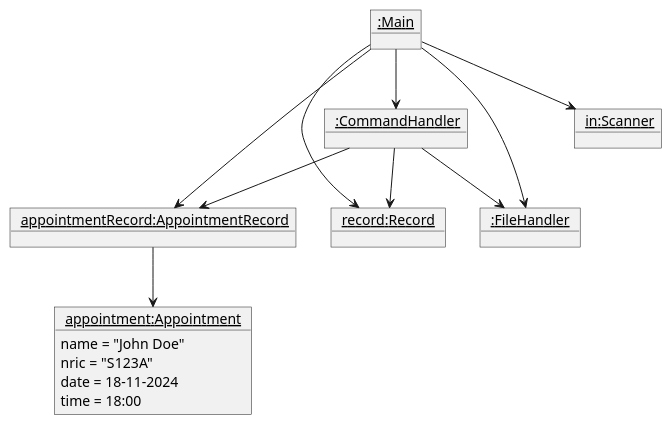
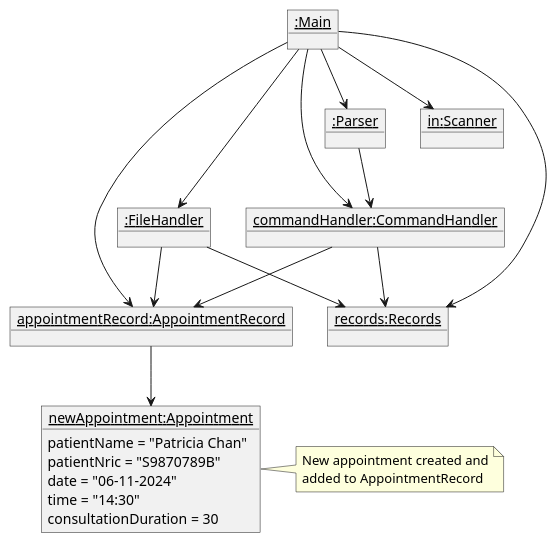
One commit to yentheng0110/tp changed the diagram in docs/AfterAppointment.puml. Above: the diagram before and after it, drawn with PlantUML. The commit also changed 8 other files, not shown here.

Commit message:
Update Object Diagram for Before Appointment and After Appointment , and Sequence Diagram for "appointment" command

```diff
--- a/docs/AfterAppointment.puml
+++ b/docs/AfterAppointment.puml
@@ -1,27 +1,60 @@
 @startuml
 'https://plantuml.com/object-diagram
 
+
 object "<u>:Main</u>" as Main
-object "<u> :CommandHandler</u>" as CommandHandler
-object "<u> in:Scanner</u>" as Scanner
-object "<u> appointment:Appointment </u>" as Appointment {
-name = "John Doe"
-nric = "S123A"
-date = 18-11-2024
-time = 18:00
+
+object "<u>in:Scanner</u>" as Scanner {
+
 }
-object "<u> appointmentRecord:AppointmentRecord</u>" as AppointmentRecord
-object "<u> record:Record </u>" as Record
-object "<u> :FileHandler </u>" as FileHandler
 
-Main --> Record
+object "<u>records:Records</u>" as Records {
+
+}
+
+object "<u>appointmentRecord:AppointmentRecord</u>" as AppointmentRecord {
+
+}
+
+object "<u>:FileHandler</u>" as FileHandler {
+
+}
+
+object "<u>commandHandler:CommandHandler</u>" as CommandHandler {
+
+}
+
+object "<u>:Parser</u>" as Parser {
+
+}
+
+
+object "<u>newAppointment:Appointment</u>" as Appointment {
+    patientName = "Patricia Chan"
+    patientNric = "S9870789B"
+    date = "06-11-2024"
+    time = "14:30"
+    consultationDuration = 30
+}
+
+Main --> Scanner
+Main --> Records
 Main --> AppointmentRecord
 Main --> FileHandler
 Main --> CommandHandler
-Main --> Scanner
-CommandHandler --> FileHandler
+Main --> Parser
+Parser --> CommandHandler
+
+CommandHandler --> Records
 CommandHandler --> AppointmentRecord
-CommandHandler --> Record
+
 AppointmentRecord --> Appointment
+FileHandler --> Records
+FileHandler --> AppointmentRecord
+
+note right of Appointment
+    New appointment created and
+    added to AppointmentRecord
+end note
 
 @enduml
```
